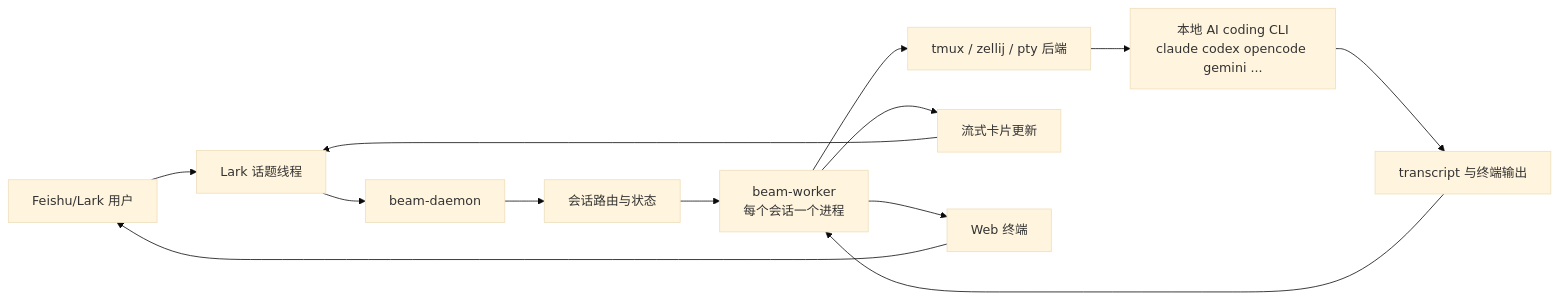
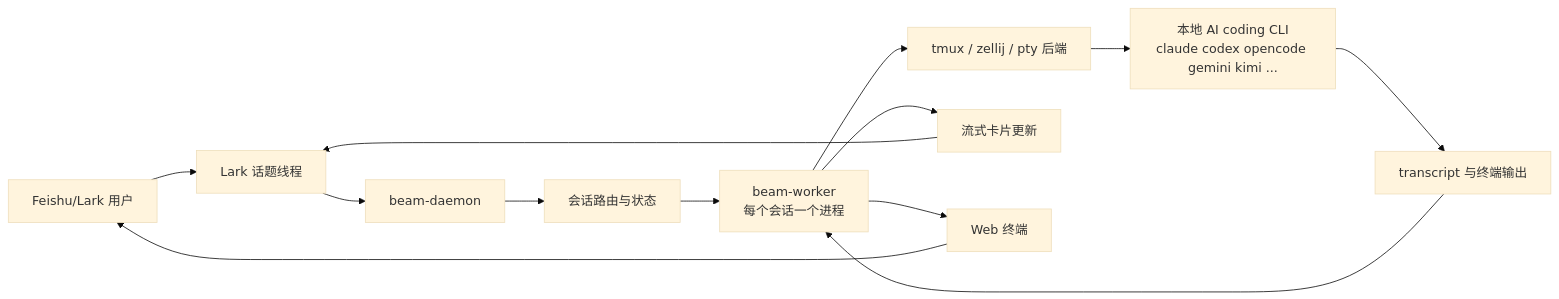
The diagram in README.md (linuxhenhao/beam), drawn with Mermaid (base theme) before and after one commit. The commit also changed other lines of this file and 13 other files, not shown here.

Commit message:
feat(worker): 新增 kimi-code CLI 适配器

````diff
--- a/README.md
+++ b/README.md
@@ -35,15 +35,15 @@
 ```mermaid
 flowchart LR
     U[Feishu/Lark 用户] --> T[Lark 话题线程]
     T --> D[beam-daemon]
     D --> S[会话路由与状态]
     S --> W[beam-worker<br/>每个会话一个进程]
     W --> B[tmux / zellij / pty 后端]
-    B --> C[本地 AI coding CLI<br/>claude codex opencode gemini ...]
+    B --> C[本地 AI coding CLI<br/>claude codex opencode gemini kimi ...]
     W --> K[流式卡片更新]
     W --> P[Web 终端]
     C --> O[transcript 与终端输出]
     O --> W
     K --> T
     P --> U
 ```
````
